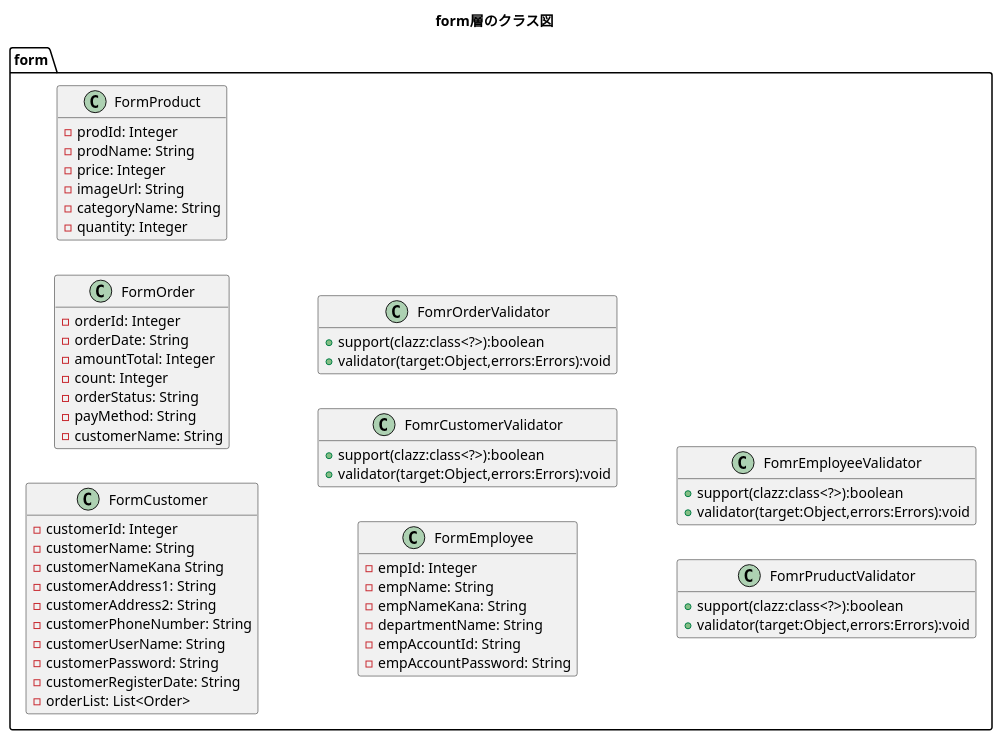
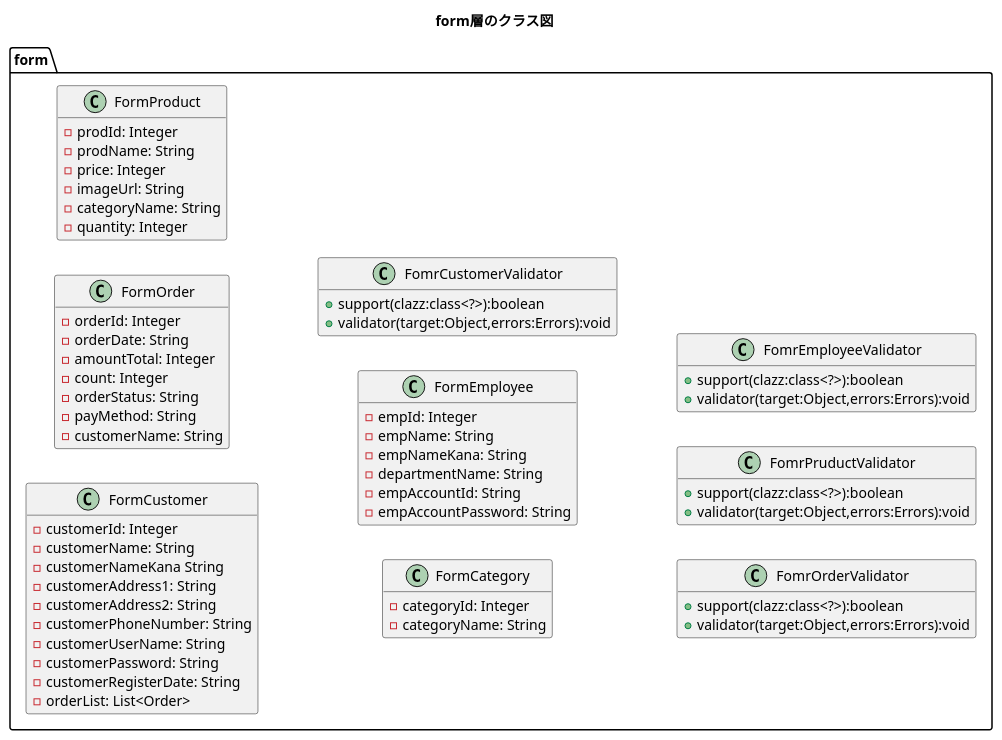
The diagram in plan/uml/class/form.plantuml (kanavii3333/ec-b), drawn with PlantUML before and after one commit. The commit also changed 2 other files, not shown here.

```diff
--- a/plan/uml/class/form.plantuml
+++ b/plan/uml/class/form.plantuml
@@ -1,68 +1,73 @@
 @startuml
 title form層のクラス図
 hide empty members
 left to right direction
 
 package form{
     class FormCustomer{
         -customerId: Integer
         -customerName: String
         -customerNameKana String
         -customerAddress1: String
         -customerAddress2: String
         -customerPhoneNumber: String
         -customerUserName: String
         -customerPassword: String
         -customerRegisterDate: String
         -orderList: List<Order>
     }
 
     class FormOrder{
         -orderId: Integer
         -orderDate: String
         -amountTotal: Integer
         -count: Integer
         -orderStatus: String
         -payMethod: String
         -customerName: String
     }
 
     class FormProduct{
         -prodId: Integer
         -prodName: String
         -price: Integer
         -imageUrl: String
         -categoryName: String
         -quantity: Integer
     }
+    
+    class FormCategory{
+        -categoryId: Integer
+        -categoryName: String
+    }
 
     class FormEmployee{
         -empId: Integer
         -empName: String
         -empNameKana: String
         -departmentName: String
         -empAccountId: String
         -empAccountPassword: String
     }
     
     class FomrCustomerValidator{
 		+support(clazz:class<?>):boolean
 		+validator(target:Object,errors:Errors):void
     }
     
     class FomrOrderValidator{
 		+support(clazz:class<?>):boolean
 		+validator(target:Object,errors:Errors):void
     }
     
     class FomrPruductValidator{
 		+support(clazz:class<?>):boolean
 		+validator(target:Object,errors:Errors):void
     }
     
     class FomrEmployeeValidator{
 		+support(clazz:class<?>):boolean
 		+validator(target:Object,errors:Errors):void
     }
 }
 @enduml
```
